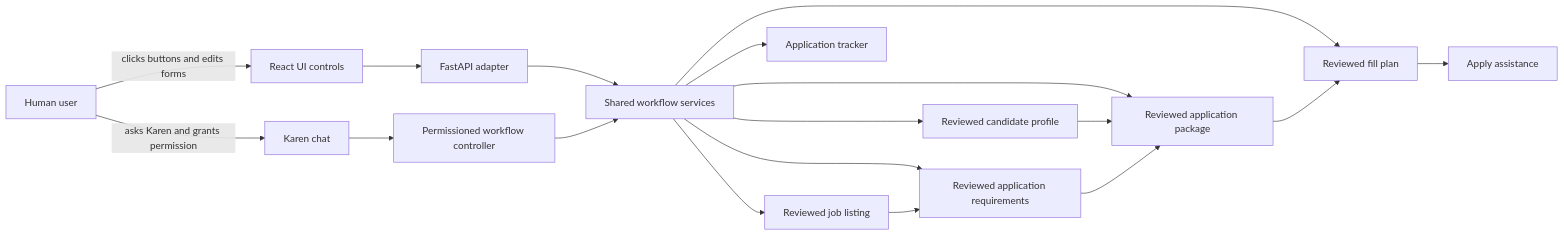
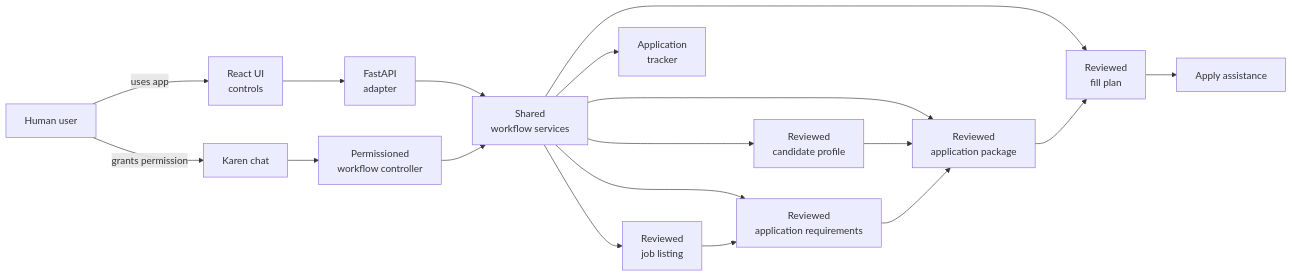
Before and after one commit to portero-aylagas/job_search_automation: the diagram in README.md, drawn with Mermaid. The commit also changed other lines of this file, not shown here.

Commit message:
Polish README product flow

````diff
--- a/README.md
+++ b/README.md
@@ -48,29 +62,29 @@
 ```mermaid
 flowchart LR
     User[Human user]
-    UI[React UI controls]
+    UI[React UI<br/>controls]
     Karen[Karen chat]
-    API[FastAPI adapter]
-    Controller[Permissioned workflow controller]
-    Services[Shared workflow services]
+    API[FastAPI<br/>adapter]
+    Controller[Permissioned<br/>workflow controller]
+    Services[Shared<br/>workflow services]
 
-    User -->|clicks buttons and edits forms| UI
-    User -->|asks Karen and grants permission| Karen
+    User -->|uses app| UI
+    User -->|grants permission| Karen
     UI --> API
     Karen --> Controller
     API --> Services
     Controller --> Services
 
-    Services --> Profile[Reviewed candidate profile]
-    Services --> Job[Reviewed job listing]
-    Services --> Requirements[Reviewed application requirements]
-    Services --> Package[Reviewed application package]
-    Services --> FillPlan[Reviewed fill plan]
-    Services --> Tracker[Application tracker]
+    Services --> Profile[Reviewed<br/>candidate profile]
+    Services --> Job[Reviewed<br/>job listing]
+    Services --> Requirements[Reviewed<br/>application requirements]
+    Services --> Package[Reviewed<br/>application package]
+    Services --> FillPlan[Reviewed<br/>fill plan]
+    Services --> Tracker[Application<br/>tracker]
 
     Profile --> Package
     Job --> Requirements
     Requirements --> Package
     Package --> FillPlan
     FillPlan --> Apply[Apply assistance]
 ```
````
